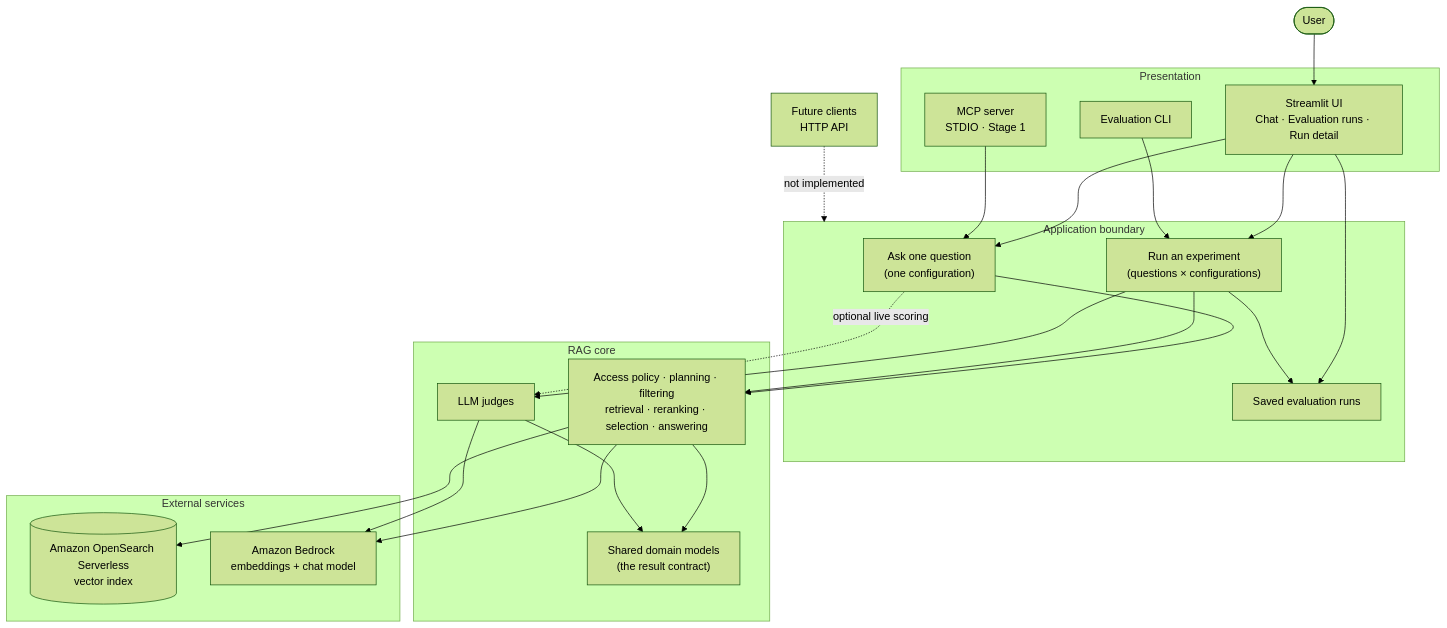
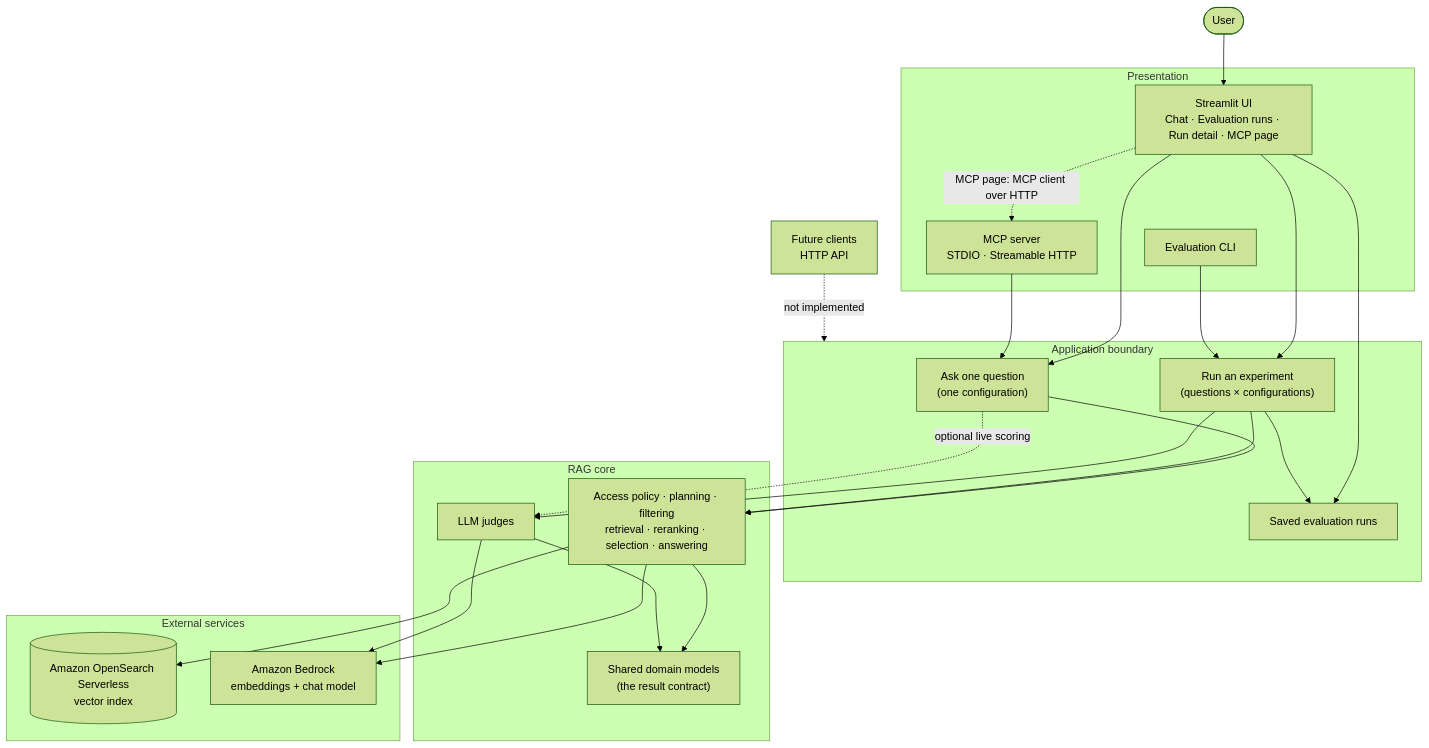
The first of 6 diagrams in docs/project-overview.md (mosheostro/Novaops-intelligent-RAG), drawn with Mermaid (forest theme) before and after one commit. The commit also changed other lines of this file and 15 other files, not shown here.

First line of the commit message:
feat: add MCP Streamable HTTP and dashboard integration

````diff
--- a/docs/project-overview.md
+++ b/docs/project-overview.md
@@ -41,47 +41,48 @@
 ```mermaid
 flowchart TB
     user(["User"])
 
     subgraph presentation["Presentation"]
-        ui["Streamlit UI<br/>Chat · Evaluation runs · Run detail"]
+        ui["Streamlit UI<br/>Chat · Evaluation runs · Run detail · MCP page"]
         cli["Evaluation CLI"]
-        mcpsrv["MCP server<br/>STDIO · Stage 1"]
+        mcpsrv["MCP server<br/>STDIO · Streamable HTTP"]
     end
 
     subgraph application["Application boundary"]
         askuc["Ask one question<br/>(one configuration)"]
         evaluc["Run an experiment<br/>(questions × configurations)"]
         runstore["Saved evaluation runs"]
     end
 
     subgraph core["RAG core"]
         pipeline["Access policy · planning · filtering<br/>retrieval · reranking · selection · answering"]
         judges["LLM judges"]
         models["Shared domain models<br/>(the result contract)"]
     end
 
     subgraph infra["External services"]
         os[("Amazon OpenSearch Serverless<br/>vector index")]
         br["Amazon Bedrock<br/>embeddings + chat model"]
     end
 
     future["Future clients<br/>HTTP API"]
 
     user --> ui
     ui --> askuc
     ui --> evaluc
     ui --> runstore
     cli --> evaluc
     mcpsrv --> askuc
+    ui -. "MCP page: MCP client over HTTP" .-> mcpsrv
     future -. "not implemented" .-> application
     askuc --> pipeline
     evaluc --> pipeline
     evaluc --> judges
     askuc -. "optional live scoring" .-> judges
     evaluc --> runstore
     pipeline --> models
     judges --> models
     pipeline --> os
     pipeline --> br
     judges --> br
 ```
````
